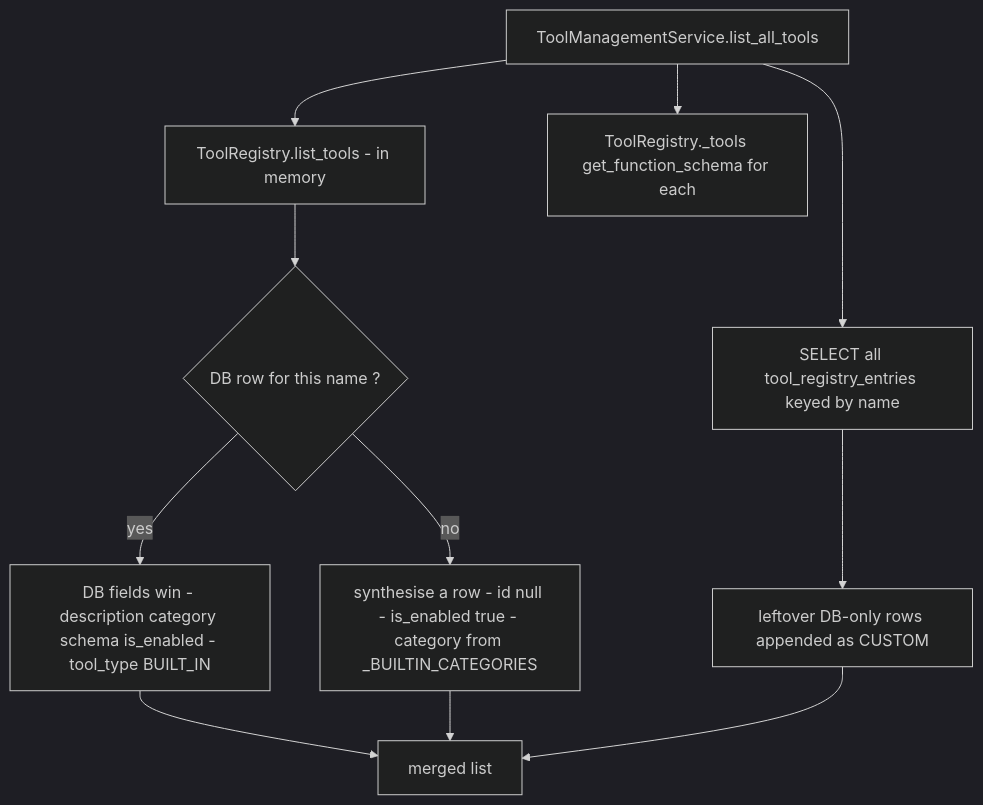
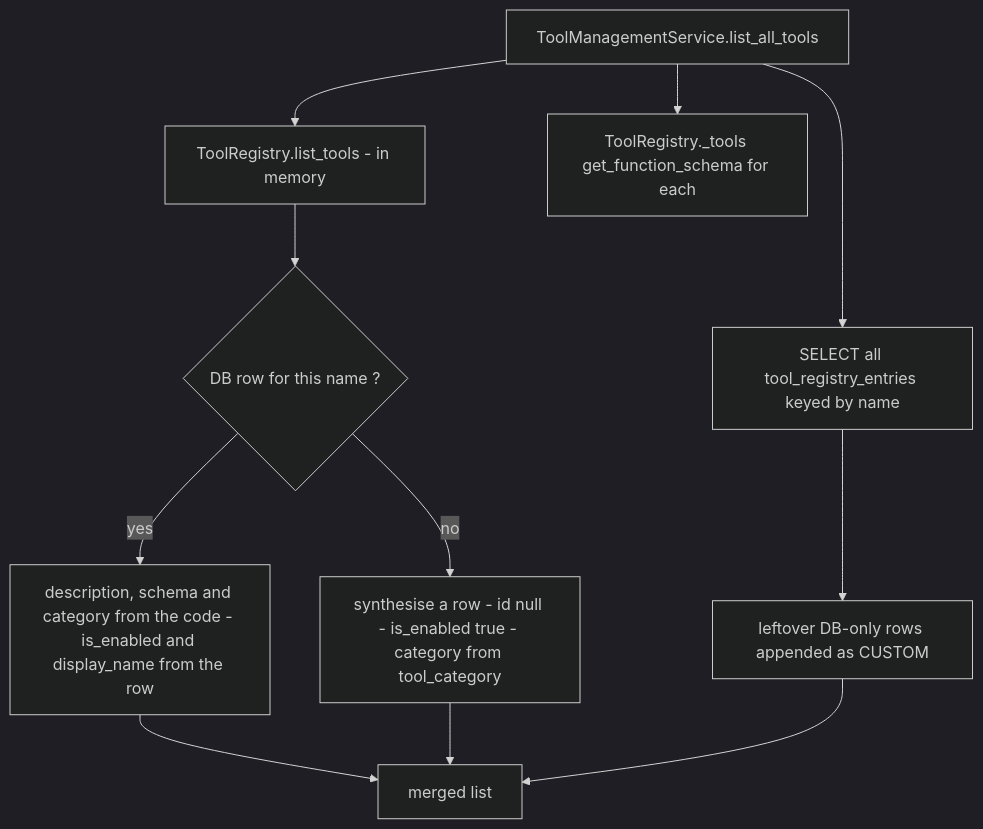
Before and after one commit to gondolerahul/hire-buddha-app: diagram 23 of 23 in docs/current/09-tools.md, drawn with Mermaid (dark theme). The commit also changed other lines of this file and 19 other files, not shown here.

````diff
--- a/docs/current/09-tools.md
+++ b/docs/current/09-tools.md
@@ -1813,13 +1814,13 @@
 ```mermaid
 flowchart TD
     A["ToolManagementService.list_all_tools"] --> B["SELECT all tool_registry_entries keyed by name"]
     A --> C["ToolRegistry.list_tools - in memory"]
     A --> D["ToolRegistry._tools get_function_schema for each"]
     C --> E{"DB row for this name ?"}
-    E -->|yes| F["DB fields win - description category schema is_enabled - tool_type BUILT_IN"]
-    E -->|no| G["synthesise a row - id null - is_enabled true - category from _BUILTIN_CATEGORIES"]
+    E -->|yes| F["description, schema and category from the code - is_enabled and display_name from the row"]
+    E -->|no| G["synthesise a row - id null - is_enabled true - category from tool_category"]
     B --> H["leftover DB-only rows appended as CUSTOM"]
     F --> OUT["merged list"]
     G --> OUT
     H --> OUT
 ```
````
